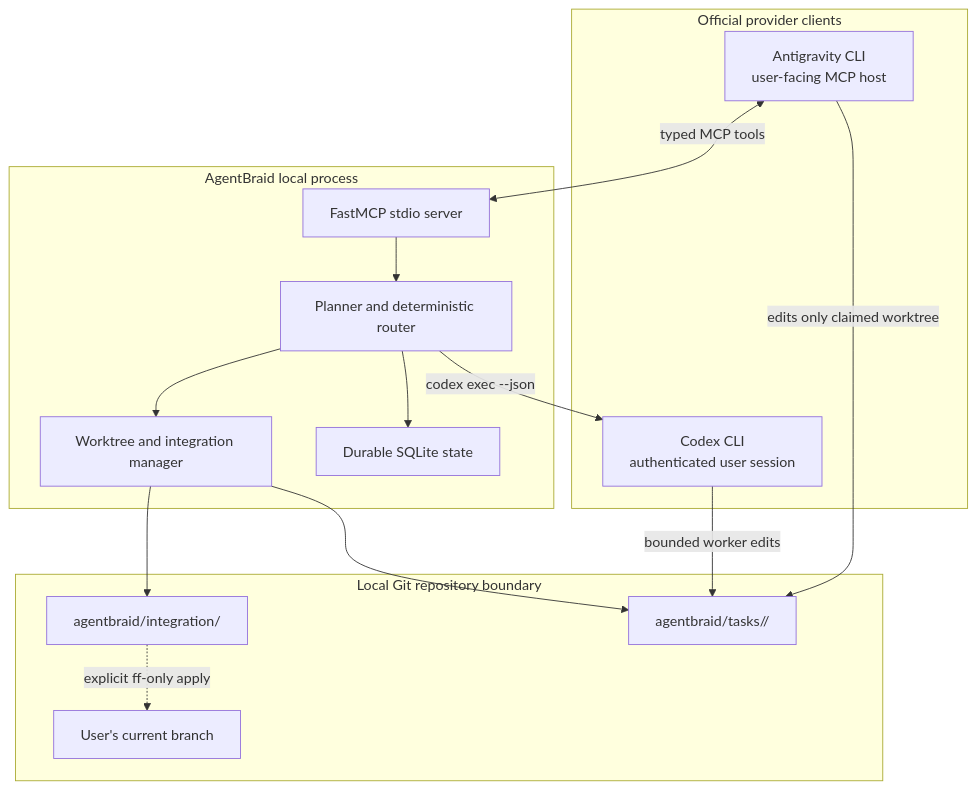
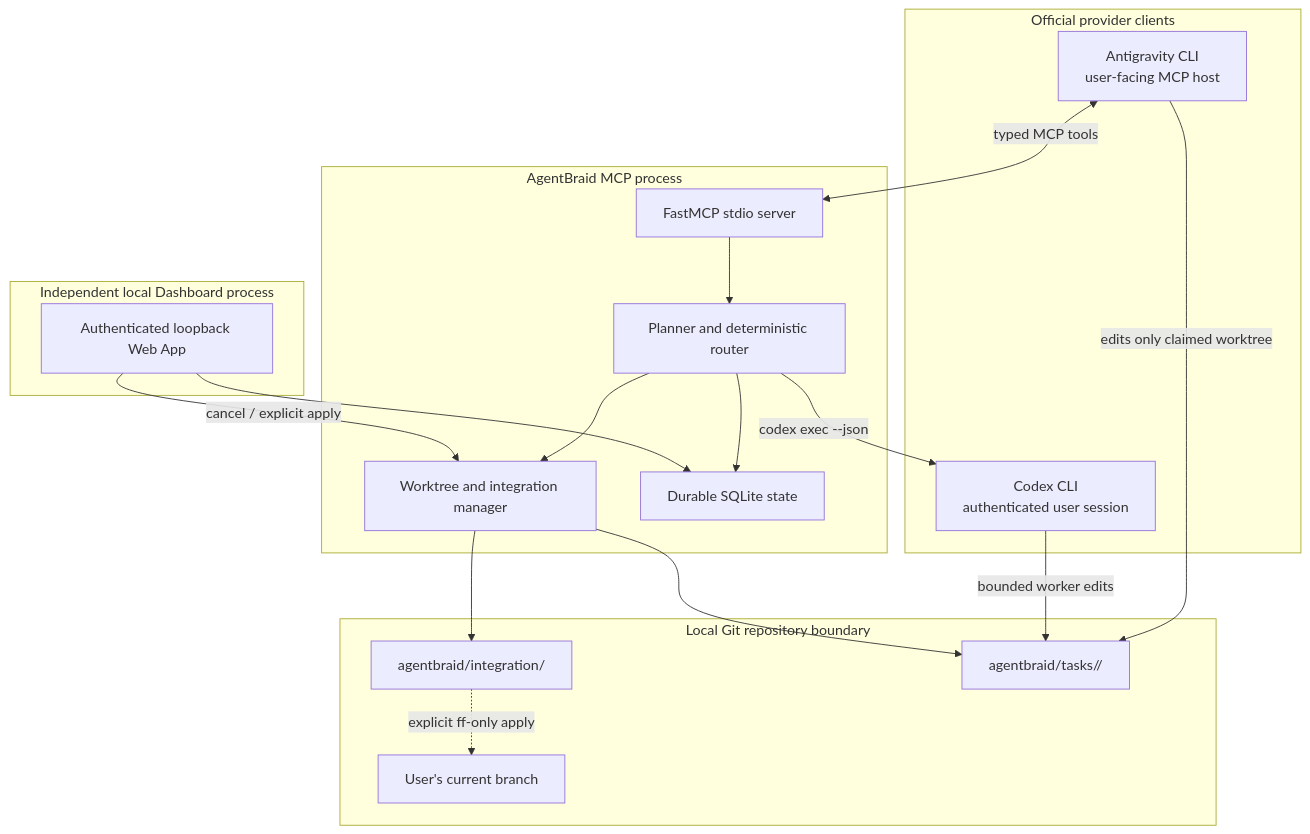
Before and after one commit to xuu33030/agentbraid: the first of 2 diagrams in ARCHITECTURE.md, drawn with Mermaid. The commit also changed other lines of this file and 26 other files, not shown here.

Commit message:
feat: add local run dashboard

````diff
--- a/ARCHITECTURE.md
+++ b/ARCHITECTURE.md
@@ -17,31 +17,37 @@
 ```mermaid
 flowchart TB
     subgraph clients["Official provider clients"]
         host["Antigravity CLI<br/>user-facing MCP host"]
         codex["Codex CLI<br/>authenticated user session"]
     end
 
-    subgraph agentbraid["AgentBraid local process"]
+    subgraph agentbraid["AgentBraid MCP process"]
         mcp["FastMCP stdio server"]
         scheduler["Planner and deterministic router"]
         integrator["Worktree and integration manager"]
         store["Durable SQLite state"]
+    end
+
+    subgraph dashboard_process["Independent local Dashboard process"]
+        dashboard["Authenticated loopback Web App"]
     end
 
     subgraph repository["Local Git repository boundary"]
         primary["User's current branch"]
         integration["agentbraid/integration/<run>"]
         tasks["agentbraid/tasks/<run>/<task>"]
     end
 
     host <-->|"typed MCP tools"| mcp
     mcp --> scheduler
     scheduler -->|"codex exec --json"| codex
     scheduler --> store
     scheduler --> integrator
+    dashboard --> store
+    dashboard -->|"cancel / explicit apply"| integrator
     host -->|"edits only claimed worktree"| tasks
     codex -->|"bounded worker edits"| tasks
     integrator --> tasks
     integrator --> integration
     integration -.->|explicit ff-only apply| primary
 ```
````
